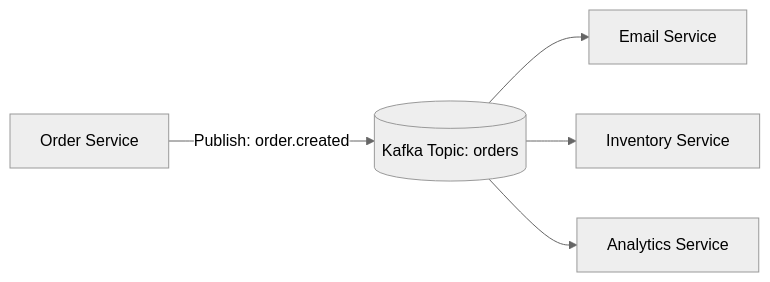
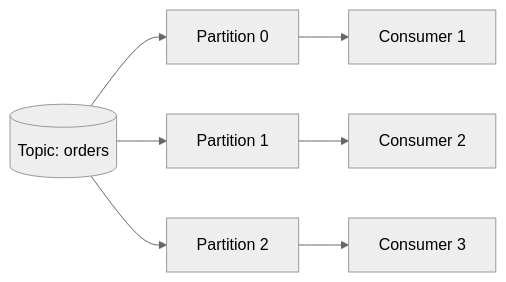
One commit to thanhmati/einvoice-backend changed the fourth of 5 diagrams in lessons/22 apache kafka.md. Above: the diagram before and after it, drawn with Mermaid (neutral theme). The commit also changed other lines of this file, not shown here.

Commit message:
Update 22 apache kafka.md

````diff
--- a/lessons/22 apache kafka.md
+++ b/lessons/22 apache kafka.md
@@ -62,7 +142,10 @@
 ```mermaid
 flowchart LR
-    O[Order Service] -->|Publish: order.created| T[(Kafka Topic: orders)]
-    T --> E[Email Service]
-    T --> I[Inventory Service]
-    T --> A[Analytics Service]
+  T[(Topic: orders)]
+  T --> P0[Partition 0]
+  T --> P1[Partition 1]
+  T --> P2[Partition 2]
+  P0 --> C1[Consumer 1]
+  P1 --> C2[Consumer 2]
+  P2 --> C3[Consumer 3]
 ```
````
